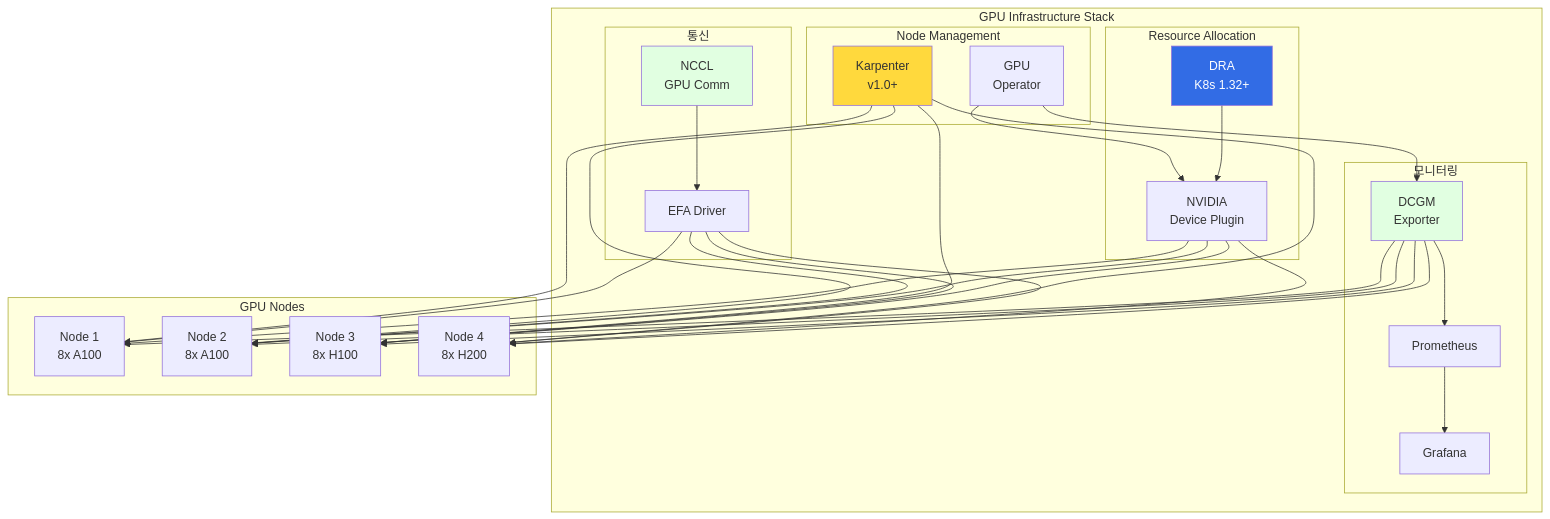
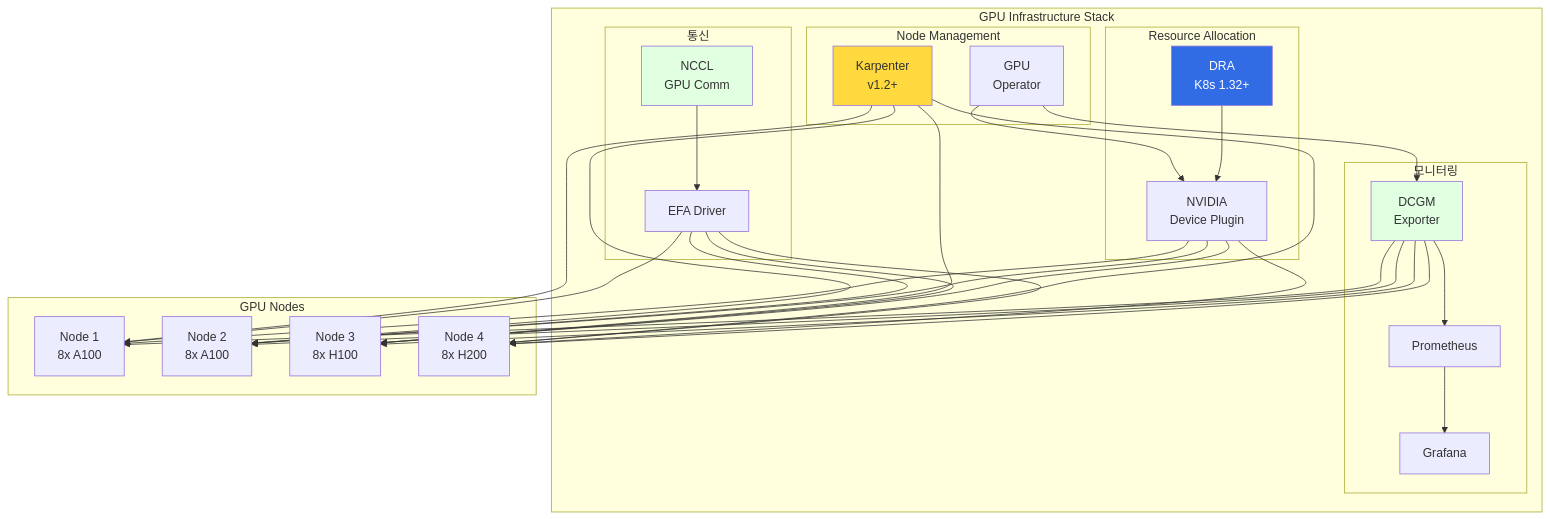
Diagram 15 of 16 in docs/agentic-ai-platform/design-architecture/agentic-ai-challenges.md (devfloor9/engineering-playbook), drawn with Mermaid before and after one commit. The commit also changed other lines of this file and 21 other files, not shown here.

````diff
--- a/docs/agentic-ai-platform/design-architecture/agentic-ai-challenges.md
+++ b/docs/agentic-ai-platform/design-architecture/agentic-ai-challenges.md
@@ -892,60 +1012,60 @@
 ```mermaid
 flowchart TD
     subgraph InfraStack["GPU Infrastructure Stack"]
         subgraph ResourceAlloc["Resource Allocation"]
             DRA["DRA<br/>K8s 1.32+"]
             DRIVER["NVIDIA<br/>Device Plugin"]
         end
 
         subgraph Monitoring["모니터링"]
             DCGM["DCGM<br/>Exporter"]
             PROM["Prometheus"]
             GRAF["Grafana"]
         end
 
         subgraph Communication["통신"]
             NCCL["NCCL<br/>GPU Comm"]
             EFA["EFA Driver"]
         end
 
         subgraph NodeMgmt["Node Management"]
-            KARP["Karpenter<br/>v1.0+"]
+            KARP["Karpenter<br/>v1.2+"]
             GPU_OP["GPU<br/>Operator"]
         end
     end
 
     subgraph GPUNodes["GPU Nodes"]
         N1["Node 1<br/>8x A100"]
         N2["Node 2<br/>8x A100"]
         N3["Node 3<br/>8x H100"]
         N4["Node 4<br/>8x H200"]
     end
 
     DRA --> DRIVER
     DRIVER --> N1
     DRIVER --> N2
     DRIVER --> N3
     DRIVER --> N4
     DCGM --> N1
     DCGM --> N2
     DCGM --> N3
     DCGM --> N4
     DCGM --> PROM
     PROM --> GRAF
     NCCL --> EFA
     EFA --> N1
     EFA --> N2
     EFA --> N3
     EFA --> N4
     KARP --> N1
     KARP --> N2
     KARP --> N3
     KARP --> N4
     GPU_OP --> DRIVER
     GPU_OP --> DCGM
 
     style DRA fill:#326ce5,color:#fff
     style DCGM fill:#e1ffe1
     style NCCL fill:#e1ffe1
     style KARP fill:#ffd93d
 ```
````
